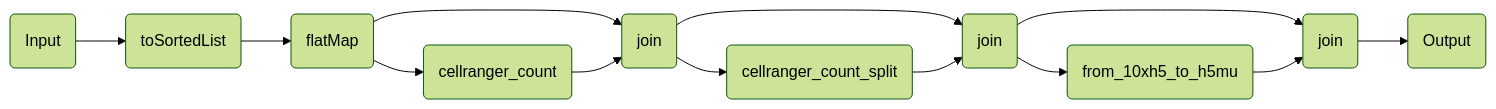
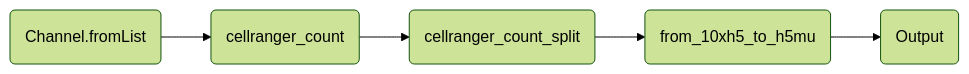
The diagram in components/workflows/ingestion/cellranger_mapping.qmd (openpipelines-bio/website), drawn with Mermaid (forest theme) before and after one commit. The commit also changed other lines of this file and 143 other files, not shown here.

````diff
--- a/components/workflows/ingestion/cellranger_mapping.qmd
+++ b/components/workflows/ingestion/cellranger_mapping.qmd
@@ -121,27 +121,14 @@
 ```{mermaid}
 %%| column: screen-inset-shaded
 flowchart LR
-    v0(Input)
-    v2(toSortedList)
-    v4(flatMap)
-    v11(cellranger_count)
-    v13(join)
-    v21(cellranger_count_split)
-    v23(join)
-    v31(from_10xh5_to_h5mu)
-    v33(join)
-    v40(Output)
-    v0-->v2
-    v2-->v4
-    v4-->v13
-    v4-->v11
-    v11-->v13
-    v13-->v23
-    v13-->v21
-    v21-->v23
-    v23-->v33
-    v23-->v31
-    v31-->v33
-    v33-->v40
+    v0(Channel.fromList)
+    v17(cellranger_count)
+    v37(cellranger_count_split)
+    v57(from_10xh5_to_h5mu)
+    v84(Output)
+    v0-->v17
+    v17-->v37
+    v37-->v57
+    v57-->v84
 
 ```
````
